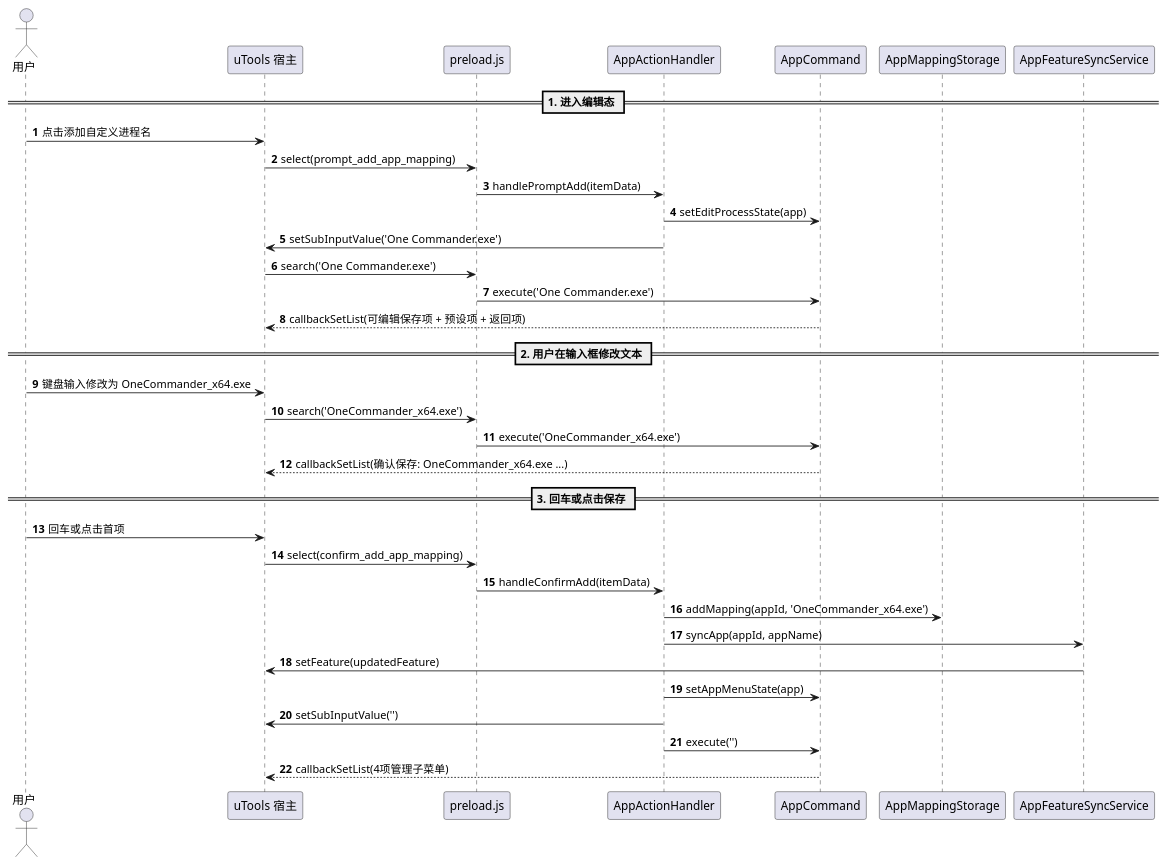
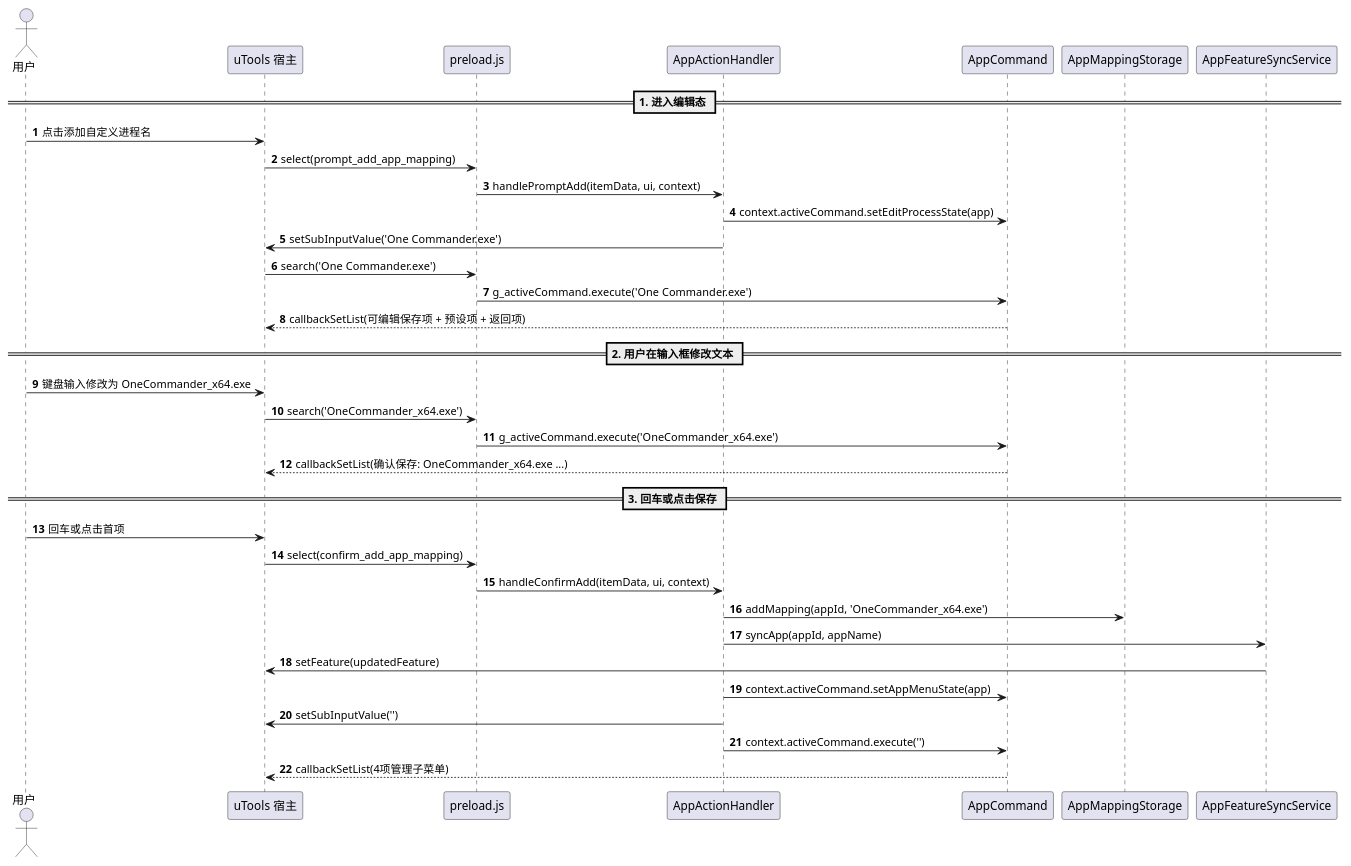
Before and after one commit to zhougy0717/utools_hotkeys: the fifth of 5 diagrams in docs/spec/spec-00020-interactive-app-process-wizard.md, drawn with PlantUML. The commit also changed other lines of this file and 4 other files, not shown here.

Commit message:
refactor: adopt Context Injection architecture in SPEC-00020 and implementation

````diff
--- a/docs/spec/spec-00020-interactive-app-process-wizard.md
+++ b/docs/spec/spec-00020-interactive-app-process-wizard.md
@@ -255,42 +257,40 @@
 ```plantuml
 @startuml
 autonumber
 actor "用户" as User
 participant "uTools 宿主" as UTools
 participant "preload.js" as Preload
 participant "AppActionHandler" as Handler
 participant "AppCommand" as StateMachine
 participant "AppMappingStorage" as Storage
 participant "AppFeatureSyncService" as SyncService
 
 == 1. 进入编辑态 ==
 User -> UTools: 点击添加自定义进程名
 UTools -> Preload: select(prompt_add_app_mapping)
-Preload -> Handler: handlePromptAdd(itemData)
-Handler -> StateMachine: setEditProcessState(app)
+Preload -> Handler: handlePromptAdd(itemData, ui, context)
+Handler -> StateMachine: context.activeCommand.setEditProcessState(app)
 Handler -> UTools: setSubInputValue('One Commander.exe')
 UTools -> Preload: search('One Commander.exe')
-Preload -> StateMachine: execute('One Commander.exe')
+Preload -> StateMachine: g_activeCommand.execute('One Commander.exe')
 StateMachine --> UTools: callbackSetList(可编辑保存项 + 预设项 + 返回项)
 
 == 2. 用户在输入框修改文本 ==
 User -> UTools: 键盘输入修改为 OneCommander_x64.exe
 UTools -> Preload: search('OneCommander_x64.exe')
-Preload -> StateMachine: execute('OneCommander_x64.exe')
+Preload -> StateMachine: g_activeCommand.execute('OneCommander_x64.exe')
 StateMachine --> UTools: callbackSetList(确认保存: OneCommander_x64.exe ...)
 
 == 3. 回车或点击保存 ==
 User -> UTools: 回车或点击首项
 UTools -> Preload: select(confirm_add_app_mapping)
-Preload -> Handler: handleConfirmAdd(itemData)
+Preload -> Handler: handleConfirmAdd(itemData, ui, context)
 Handler -> Storage: addMapping(appId, 'OneCommander_x64.exe')
 Handler -> SyncService: syncApp(appId, appName)
 SyncService -> UTools: setFeature(updatedFeature)
-Handler -> StateMachine: setAppMenuState(app)
+Handler -> StateMachine: context.activeCommand.setAppMenuState(app)
 Handler -> UTools: setSubInputValue('')
-Handler -> StateMachine: execute('')
+Handler -> StateMachine: context.activeCommand.execute('')
 StateMachine --> UTools: callbackSetList(4项管理子菜单)
 @enduml
-
-
 ```
````
